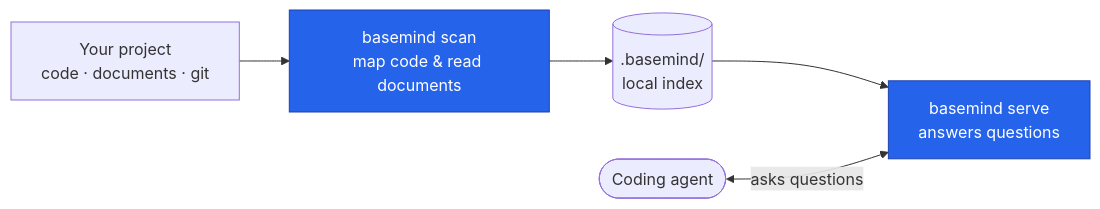
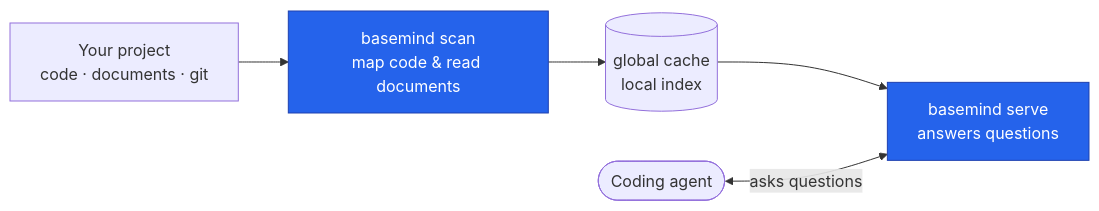
One commit to Goldziher/basemind changed the diagram in website/src/content/docs/concepts/how-it-works.mdx. Above: the diagram before and after it, drawn with Mermaid. The commit also changed other lines of this file and 11 other files, not shown here.

Commit message:
docs(website): point cache, quickstart and code/document/crawl pages at the global cache and the new scope keys

````diff
--- a/website/src/content/docs/concepts/how-it-works.mdx
+++ b/website/src/content/docs/concepts/how-it-works.mdx
@@ -90,12 +90,12 @@
 ```mermaid
 flowchart LR
   A(["Coding agent"])
   R["Your project<br/>code · documents · git"]
   S["basemind scan<br/>map code & read documents"]
-  D[(".basemind/<br/>local index")]
+  D[("global cache<br/>local index")]
   V["basemind serve<br/>answers questions"]
   R --> S --> D --> V
   A <-->|asks questions| V
   classDef accent fill:#2563eb,stroke:#1e40af,color:#fff
   class S,V accent
 ```
````
